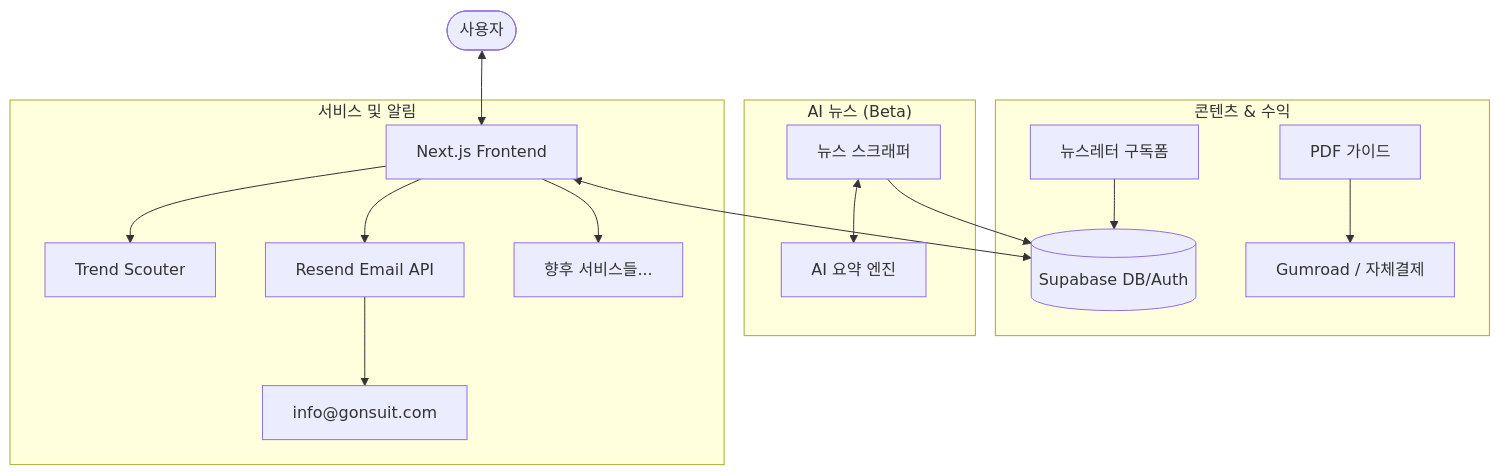
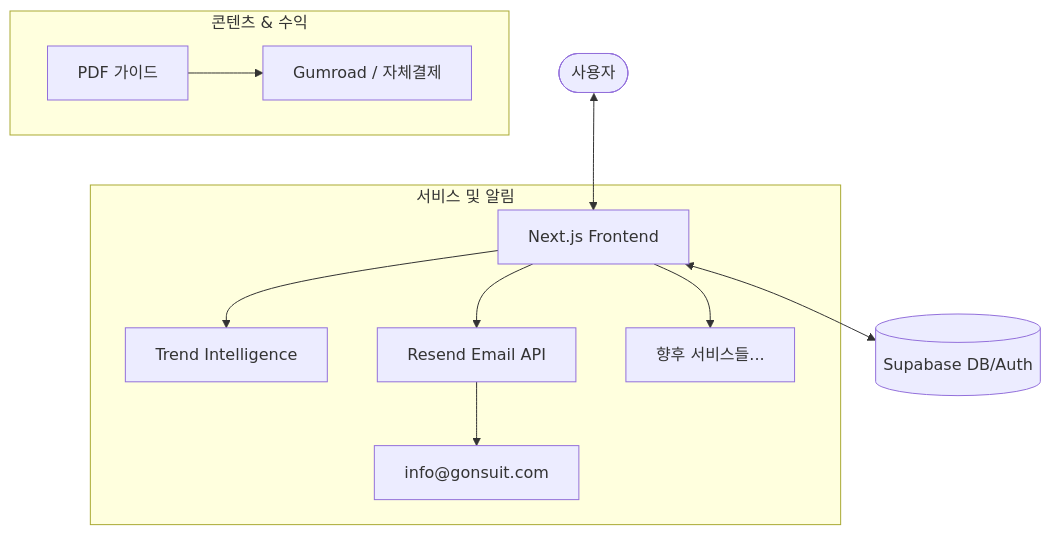
Before and after one commit to DeuklyoungKo/gonsuit: the diagram in 1_PRD.md, drawn with Mermaid. The commit also changed other lines of this file and 7 other files, not shown here.

````diff
--- a/1_PRD.md
+++ b/1_PRD.md
@@ -80,22 +68,16 @@
 ```mermaid
 flowchart TD
     User([사용자]) <--> Frontend[Next.js Frontend]
     Frontend <--> Supabase[(Supabase DB/Auth)]
 
     subgraph "콘텐츠 & 수익"
         Resources[PDF 가이드] --> Gumroad[Gumroad / 자체결제]
-        Newsletter[뉴스레터 구독폼] --> Supabase
-    end
-
-    subgraph "AI 뉴스 (Beta)"
-        NewsScraper[뉴스 스크래퍼] --> Supabase
-        NewsScraper <--> AIEngine[AI 요약 엔진]
     end
 
     subgraph "서비스 및 알림"
-        Frontend --> TrendScouter[Trend Scouter]
+        Frontend --> TrendScouter[Trend Intelligence]
         Frontend --> Resend[Resend Email API]
         Resend --> AdminEmail["info@gonsuit.com"]
         Frontend --> FutureService[향후 서비스들...]
     end
 ```
````
